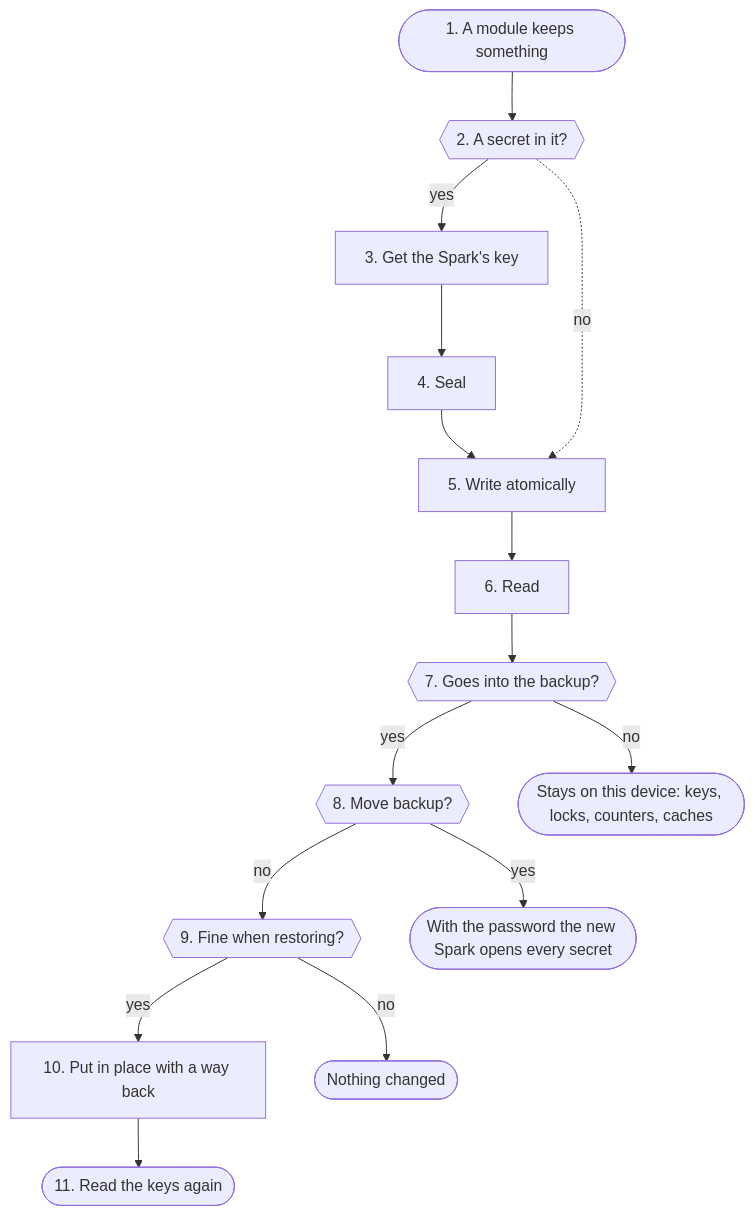
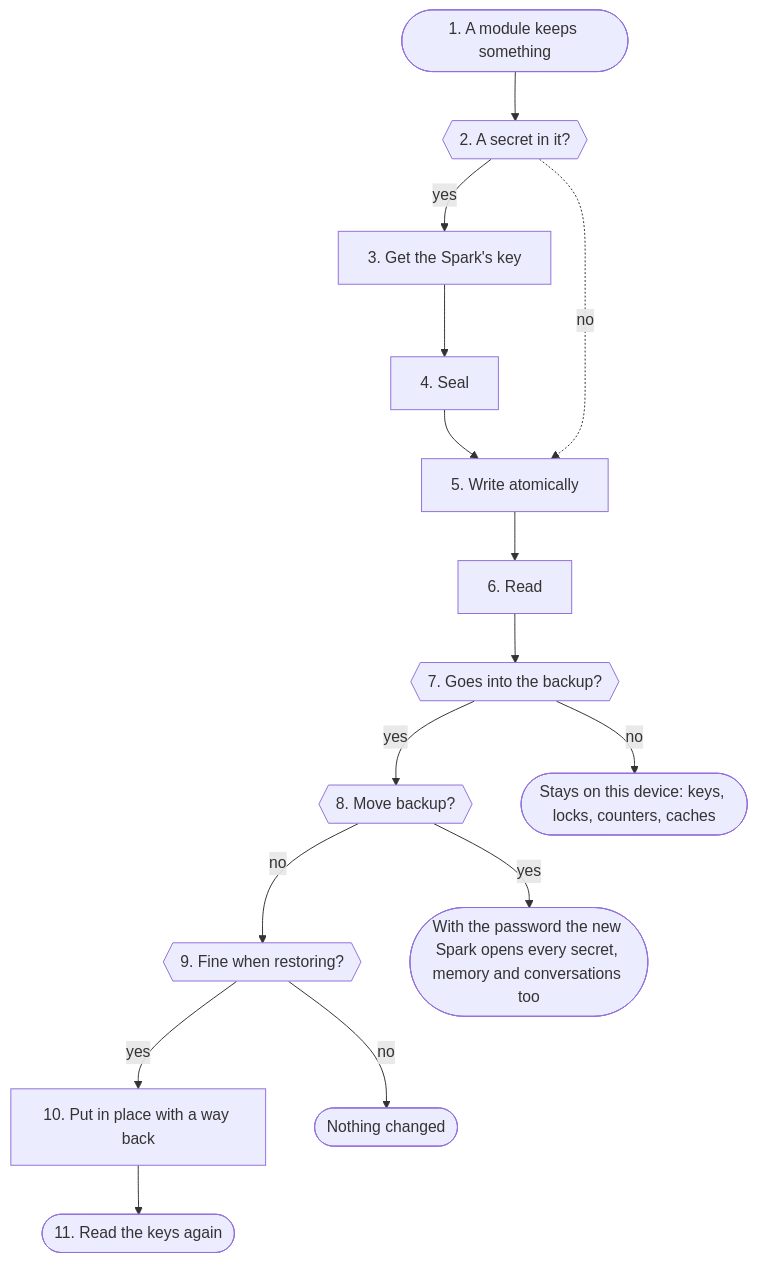
Before and after one commit to db9979/speech-on-dgx-spark: diagram 24 of 31 in docs/en/architecture.md, drawn with Mermaid. The commit also changed other lines of this file and 39 other files, not shown here.

````diff
--- a/docs/en/architecture.md
+++ b/docs/en/architecture.md
@@ -3444,31 +3453,31 @@
 ```mermaid
 flowchart TD
   s1(["1. A module keeps something"])
   s2{{"2. A secret in it?"}}
   s3["3. Get the Spark's key"]
   s4["4. Seal"]
   s5["5. Write atomically"]
   s6["6. Read"]
   s7{{"7. Goes into the backup?"}}
   s8{{"8. Move backup?"}}
   s9{{"9. Fine when restoring?"}}
   s10["10. Put in place with a way back"]
   s11(["11. Read the keys again"])
   s1 --> s2
   s2 -->|yes| s3
   s3 --> s4
   s4 --> s5
   s5 --> s6
   s6 --> s7
   s7 -->|yes| s8
   s8 -->|no| s9
   s9 -->|yes| s10
   s10 --> s11
   s2 -.->|no| s5
   s7x(["Stays on this device: keys, locks, counters, caches"])
   s7 -->|no| s7x
-  s8x(["With the password the new Spark opens every secret"])
+  s8x(["With the password the new Spark opens every secret, memory and conversations too"])
   s8 -->|yes| s8x
   s9x(["Nothing changed"])
   s9 -->|no| s9x
 ```
````
